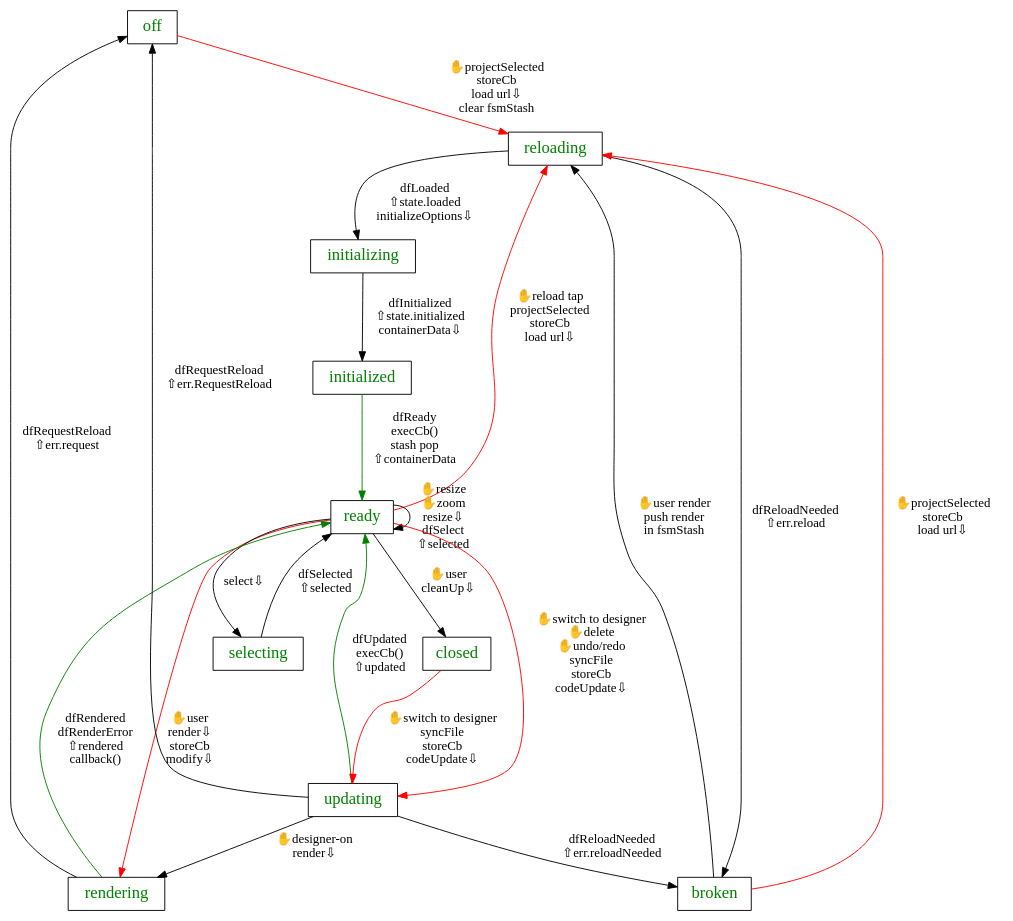
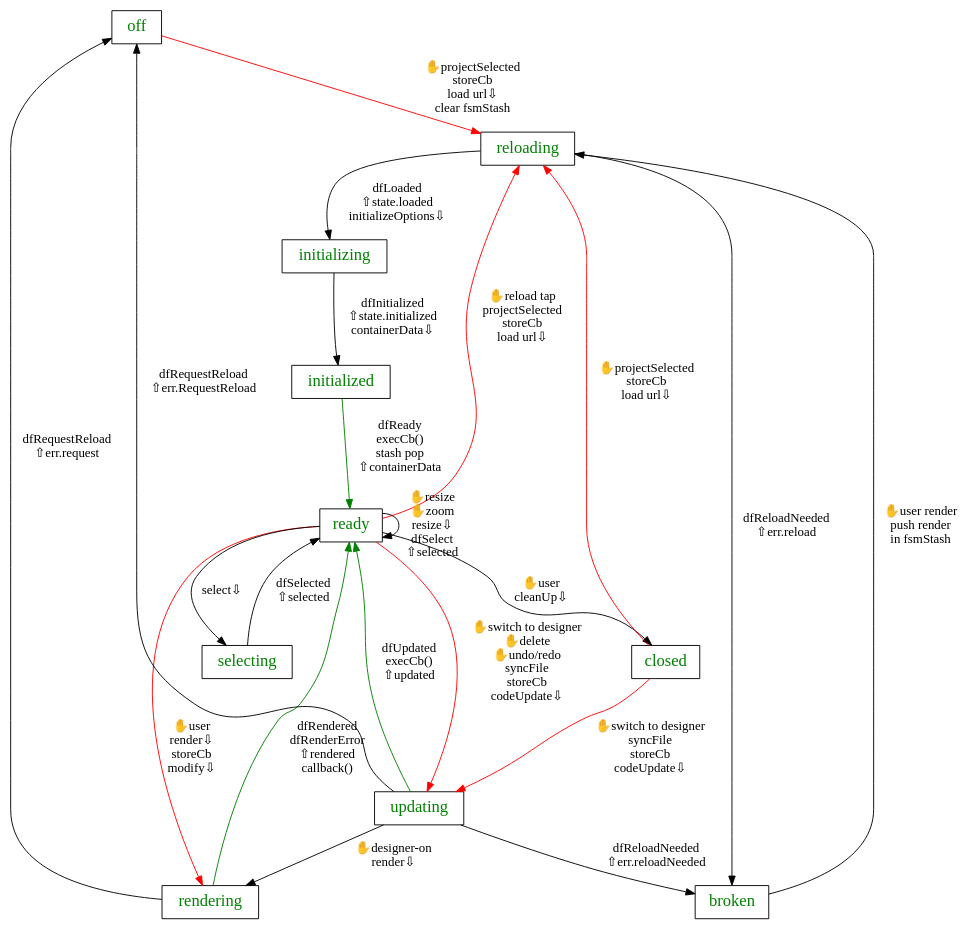
Before and after one commit to enyojs/ares-project: the diagram in doc/designerFrame.dot, drawn with Graphviz. The commit also changed 1 other file, not shown here.

Commit message:
ENYO-4003: Added missing transition from closed to reloading

```diff
--- a/doc/designerFrame.dot
+++ b/doc/designerFrame.dot
@@ -1,63 +1,63 @@
 // this file provides a diagram of the state-machine implemented in deimos/source/designer/Designer.js
 // To compile this file, install graphviz (http://graphviz.org/) and run the following command:
 // dot -Tpng designerFrame.dot > designerFrame.png
 
 // red transitions store a callback in the FSM
 // green transitions consume this callback
 
 digraph G {
 	edge [ fontsize = 14 ];
 
 	// done states
 	node [shape = box , fontsize = 18, fontcolor=green ];
 
 	off;
 	reloading;
 	initializing;
 	initialized;
 	ready;  // use published designerFrameReady attribute
 	rendering ; // use renderCallback
 	updating;
 	broken;
 	selecting ;
 	closed;
 
 	// designer buttons should be allowed only in some states
 
 	// innocuous message
 	ready -> ready [ label = "✋resize\n✋zoom\nresize⇩\ndfSelect\n⇧selected" ];
 
 	ready -> reloading [ label = "✋reload tap\nprojectSelected\nstoreCb\nload url⇩", color =red];
 
 	ready -> updating [ label = "✋switch to designer\n✋delete\n✋undo/redo\nsyncFile\nstoreCb\ncodeUpdate⇩" , color =red];
 
 	ready -> rendering  [ label = "✋user\nrender⇩\nstoreCb\nmodify⇩", color=red ];
 
 	ready -> closed  [ label = "✋user\ncleanUp⇩" ];
 	closed -> updating [ label = "✋switch to designer\nsyncFile\nstoreCb\ncodeUpdate⇩", color =red ];
 
 	updating -> ready [  label = "dfUpdated\nexecCb()\n⇧updated", color=green ] ;
 	updating -> broken [  label = "dfReloadNeeded\n⇧err.reloadNeeded" ] ;
 	updating -> off [  label = "dfRequestReload\n⇧err.RequestReload" ] ;
 
 	off    -> reloading [ label = "✋projectSelected\nstoreCb\nload url⇩\nclear fsmStash", color =red ];
-	broken -> reloading [ label = "✋projectSelected\nstoreCb\nload url⇩", color =red ];
 	broken -> reloading [ label = "✋user render\npush render\nin fsmStash" ];
+	closed -> reloading [ label = "✋projectSelected\nstoreCb\nload url⇩", color =red ];
 
 	reloading -> initializing [ label = "dfLoaded\n⇧state.loaded\ninitializeOptions⇩" ] ;
 
 	initializing -> initialized [ label = "dfInitialized\n⇧state.initialized\ncontainerData⇩" ] ;
 
 	initialized -> ready [ label = "dfReady\nexecCb()\nstash pop\n⇧containerData", color=green ] ;
 
 	reloading -> broken [ label = "dfReloadNeeded\n⇧err.reload"];
 
 	// when is called renderKind
 	updating -> rendering [ label = "✋designer-on\nrender⇩" ];
 	rendering -> ready [ label = "dfRendered\ndfRenderError\n⇧rendered\ncallback()", color = green ];
 	rendering -> off [ label = "dfRequestReload\n⇧err.request"];
 
 	ready -> selecting [ label = "select⇩" ];
 	selecting -> ready [ label = "dfSelected\n⇧selected" ];
 
 }
```
